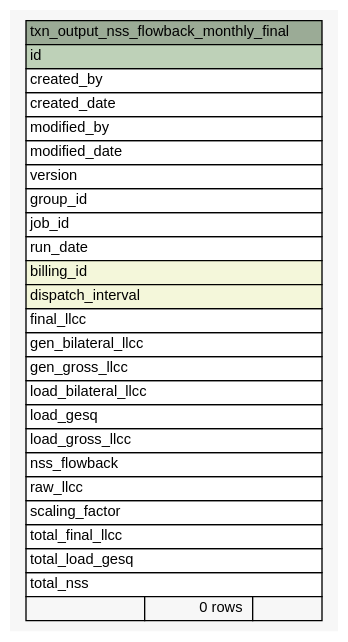
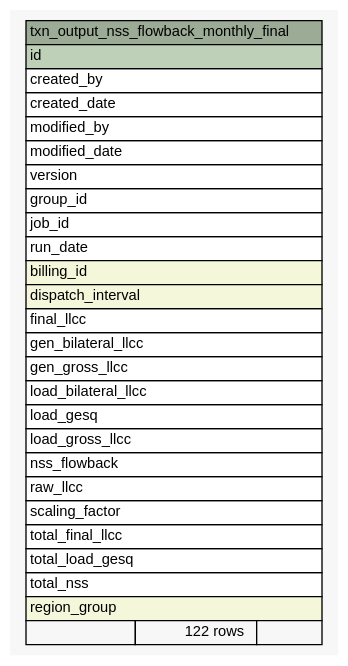
Before and after one commit to eyana-m/python-data-dictionary-writer: the diagram in Data/settlement/diagrams/summary/txn_output_nss_flowback_monthly_final.1degree.dot, drawn with Graphviz. The commit also changed 715 other files, not shown here.

```diff
--- a/Data/settlement/diagrams/summary/txn_output_nss_flowback_monthly_final.1degree.dot
+++ b/Data/settlement/diagrams/summary/txn_output_nss_flowback_monthly_final.1degree.dot
@@ -1,52 +1,53 @@
-// dot 2.36.0 on Mac OS X 10.12.5
+// dot 2.36.0 on Mac OS X 10.12.6
 // SchemaSpy rev 590
 digraph "txn_output_nss_flowback_monthly_final" {
   graph [
     rankdir="RL"
     bgcolor="#f7f7f7"
     nodesep="0.18"
     ranksep="0.46"
     fontname="Helvetica"
     fontsize="11"
   ];
   node [
     fontname="Helvetica"
     fontsize="11"
     shape="plaintext"
   ];
   edge [
     arrowsize="0.8"
   ];
   "txn_output_nss_flowback_monthly_final" [
     label=<
     <TABLE BORDER="0" CELLBORDER="1" CELLSPACING="0" BGCOLOR="#ffffff">
       <TR><TD COLSPAN="3" BGCOLOR="#9bab96" ALIGN="CENTER">txn_output_nss_flowback_monthly_final</TD></TR>
       <TR><TD PORT="id" COLSPAN="3" BGCOLOR="#bed1b8" ALIGN="LEFT">id</TD></TR>
       <TR><TD PORT="created_by" COLSPAN="3" ALIGN="LEFT">created_by</TD></TR>
       <TR><TD PORT="created_date" COLSPAN="3" ALIGN="LEFT">created_date</TD></TR>
       <TR><TD PORT="modified_by" COLSPAN="3" ALIGN="LEFT">modified_by</TD></TR>
       <TR><TD PORT="modified_date" COLSPAN="3" ALIGN="LEFT">modified_date</TD></TR>
       <TR><TD PORT="version" COLSPAN="3" ALIGN="LEFT">version</TD></TR>
       <TR><TD PORT="group_id" COLSPAN="3" ALIGN="LEFT">group_id</TD></TR>
       <TR><TD PORT="job_id" COLSPAN="3" ALIGN="LEFT">job_id</TD></TR>
       <TR><TD PORT="run_date" COLSPAN="3" ALIGN="LEFT">run_date</TD></TR>
       <TR><TD PORT="billing_id" COLSPAN="3" BGCOLOR="#f4f7da" ALIGN="LEFT">billing_id</TD></TR>
       <TR><TD PORT="dispatch_interval" COLSPAN="3" BGCOLOR="#f4f7da" ALIGN="LEFT">dispatch_interval</TD></TR>
       <TR><TD PORT="final_llcc" COLSPAN="3" ALIGN="LEFT">final_llcc</TD></TR>
       <TR><TD PORT="gen_bilateral_llcc" COLSPAN="3" ALIGN="LEFT">gen_bilateral_llcc</TD></TR>
       <TR><TD PORT="gen_gross_llcc" COLSPAN="3" ALIGN="LEFT">gen_gross_llcc</TD></TR>
       <TR><TD PORT="load_bilateral_llcc" COLSPAN="3" ALIGN="LEFT">load_bilateral_llcc</TD></TR>
       <TR><TD PORT="load_gesq" COLSPAN="3" ALIGN="LEFT">load_gesq</TD></TR>
       <TR><TD PORT="load_gross_llcc" COLSPAN="3" ALIGN="LEFT">load_gross_llcc</TD></TR>
       <TR><TD PORT="nss_flowback" COLSPAN="3" ALIGN="LEFT">nss_flowback</TD></TR>
       <TR><TD PORT="raw_llcc" COLSPAN="3" ALIGN="LEFT">raw_llcc</TD></TR>
       <TR><TD PORT="scaling_factor" COLSPAN="3" ALIGN="LEFT">scaling_factor</TD></TR>
       <TR><TD PORT="total_final_llcc" COLSPAN="3" ALIGN="LEFT">total_final_llcc</TD></TR>
       <TR><TD PORT="total_load_gesq" COLSPAN="3" ALIGN="LEFT">total_load_gesq</TD></TR>
       <TR><TD PORT="total_nss" COLSPAN="3" ALIGN="LEFT">total_nss</TD></TR>
-      <TR><TD ALIGN="LEFT" BGCOLOR="#f7f7f7">  </TD><TD ALIGN="RIGHT" BGCOLOR="#f7f7f7">0 rows</TD><TD ALIGN="RIGHT" BGCOLOR="#f7f7f7">  </TD></TR>
+      <TR><TD PORT="region_group" COLSPAN="3" BGCOLOR="#f4f7da" ALIGN="LEFT">region_group</TD></TR>
+      <TR><TD ALIGN="LEFT" BGCOLOR="#f7f7f7">  </TD><TD ALIGN="RIGHT" BGCOLOR="#f7f7f7">122 rows</TD><TD ALIGN="RIGHT" BGCOLOR="#f7f7f7">  </TD></TR>
     </TABLE>>
     URL="tables/txn_output_nss_flowback_monthly_final.html"
     tooltip="txn_output_nss_flowback_monthly_final"
   ];
 }
```
